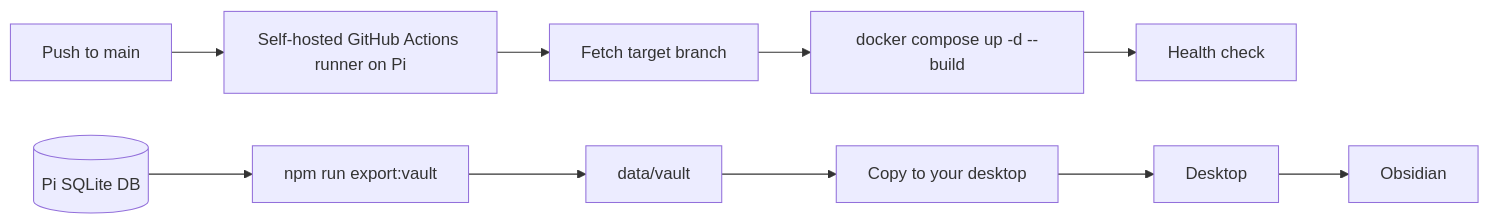
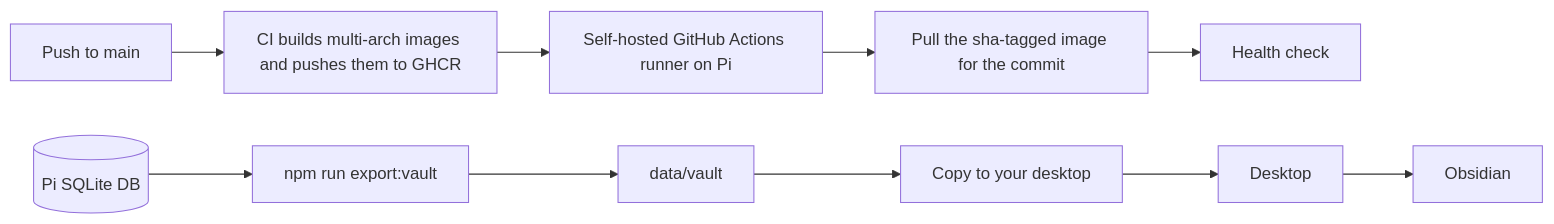
One commit to AlaskanTuna/Rokabot changed the sixth of 6 diagrams in docs/README.md. Above: the diagram before and after it, drawn with Mermaid. The commit also changed other lines of this file and 14 other files, not shown here.

````diff
--- a/docs/README.md
+++ b/docs/README.md
@@ -506,13 +508,13 @@
 ```mermaid
 flowchart LR
-    Push[Push to main] --> Runner[Self-hosted GitHub Actions runner on Pi]
-    Runner --> Pull[Fetch target branch]
-    Pull --> Build[docker compose up -d --build]
-    Build --> Health[Health check]
+    Push[Push to main] --> CI[CI builds multi-arch images and pushes them to GHCR]
+    CI --> Runner[Self-hosted GitHub Actions runner on Pi]
+    Runner --> Pull[Pull the sha-tagged image for the commit]
+    Pull --> Health[Health check]
 
     Database[(Pi SQLite DB)] --> Export[npm run export:vault]
     Export --> Vault[data/vault]
     Vault --> Transfer[Copy to your desktop]
     Transfer --> Desktop[Desktop]
     Desktop --> Obsidian[Obsidian]
 ```
````
